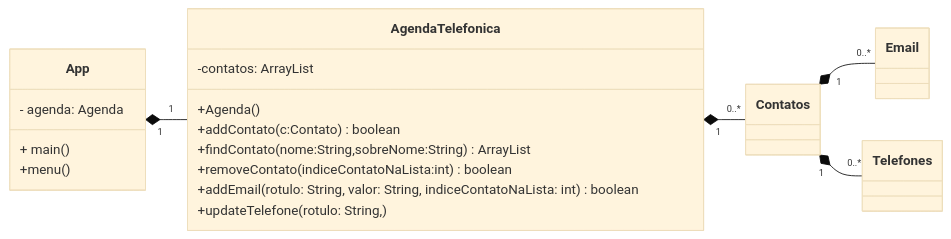
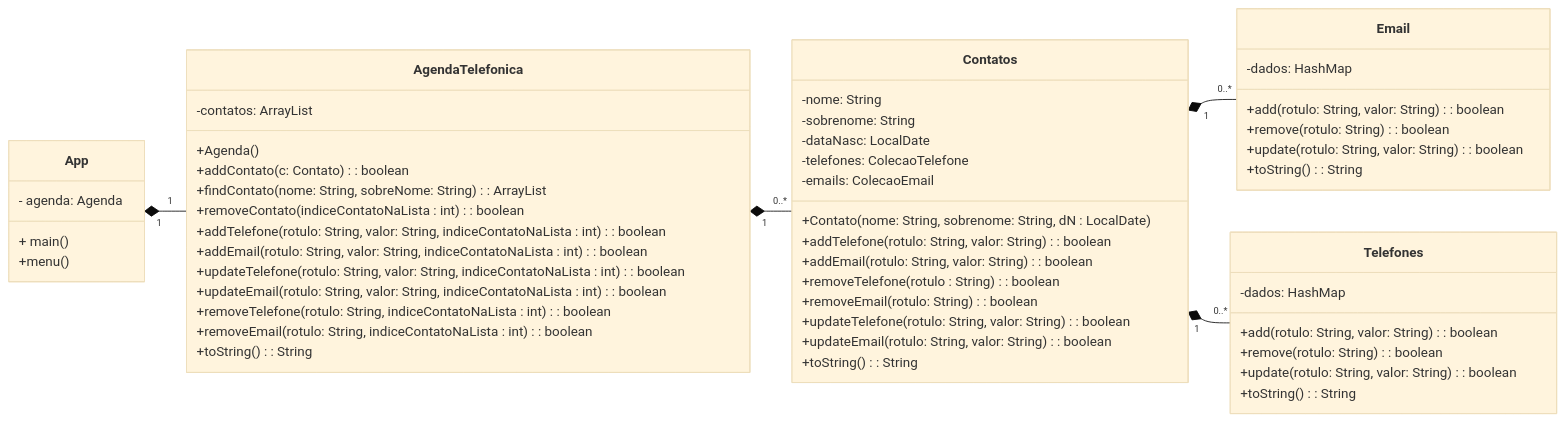
The diagram in aula-16/README.md (gaspanhol/POO), drawn with Mermaid (base theme) before and after one commit.

Commit message:
UML da agenda de contatos finalizado

````diff
--- a/aula-16/README.md
+++ b/aula-16/README.md
@@ -5,40 +5,65 @@
 ```mermaid
 
 classDiagram
     
     direction LR
     
     App "1" *-- "1" AgendaTelefonica
     AgendaTelefonica "1" *-- "0..*" Contatos
     Contatos "1" *-- "0..*" Email
     Contatos "1" *-- "0..*" Telefones
     
     class App {
         - agenda: Agenda
         + main()
         +menu()
     }
     
     class AgendaTelefonica {
         -contatos: ArrayList<Contato>
         +Agenda()
-        +addContato(c:Contato) boolean
-        +findContato(nome:String,sobreNome:String) ArrayList<Contato>
-        +removeContato(indiceContatoNaLista:int) boolean
-        +addEmail(rotulo: String, valor: String, indiceContatoNaLista: int) boolean
-        +updateTelefone(rotulo: String, )
+        +addContato(c: Contato): boolean
+        +findContato(nome: String, sobreNome: String): ArrayList<Contato>
+        +removeContato(indiceContatoNaLista : int): boolean
+        +addTelefone(rotulo: String, valor: String, indiceContatoNaLista : int): boolean
+        +addEmail(rotulo: String, valor: String, indiceContatoNaLista : int): boolean
+        +updateTelefone(rotulo: String, valor: String, indiceContatoNaLista : int): boolean
+        +updateEmail(rotulo: String, valor: String, indiceContatoNaLista : int): boolean
+        +removeTelefone(rotulo: String, indiceContatoNaLista : int): boolean
+        +removeEmail(rotulo: String, indiceContatoNaLista : int): boolean
+        +toString(): String
     }
     
     class Contatos {
-
+        -nome: String
+        -sobrenome: String
+        -dataNasc: LocalDate
+        -telefones: ColecaoTelefone
+        -emails: ColecaoEmail
+        +Contato(nome: String, sobrenome: String, dN : LocalDate)
+        +addTelefone(rotulo: String, valor: String): boolean
+        +addEmail(rotulo: String, valor: String): boolean
+        +removeTelefone(rotulo : String): boolean
+        +removeEmail(rotulo: String): boolean
+        +updateTelefone(rotulo: String, valor: String): boolean
+        +updateEmail(rotulo: String, valor: String): boolean
+        +toString(): String
     }
     
     class Email {
-        
+        -dados: HashMap<String><String>
+        +add(rotulo: String, valor: String): boolean
+        +remove(rotulo: String): boolean
+        +update(rotulo: String, valor: String): boolean
+        +toString(): String
     }
     
     class Telefones {
-        
+        -dados: HashMap<String><String>
+        +add(rotulo: String, valor: String): boolean
+        +remove(rotulo: String): boolean
+        +update(rotulo: String, valor: String): boolean
+        +toString(): String
     }
     
 ```
````
